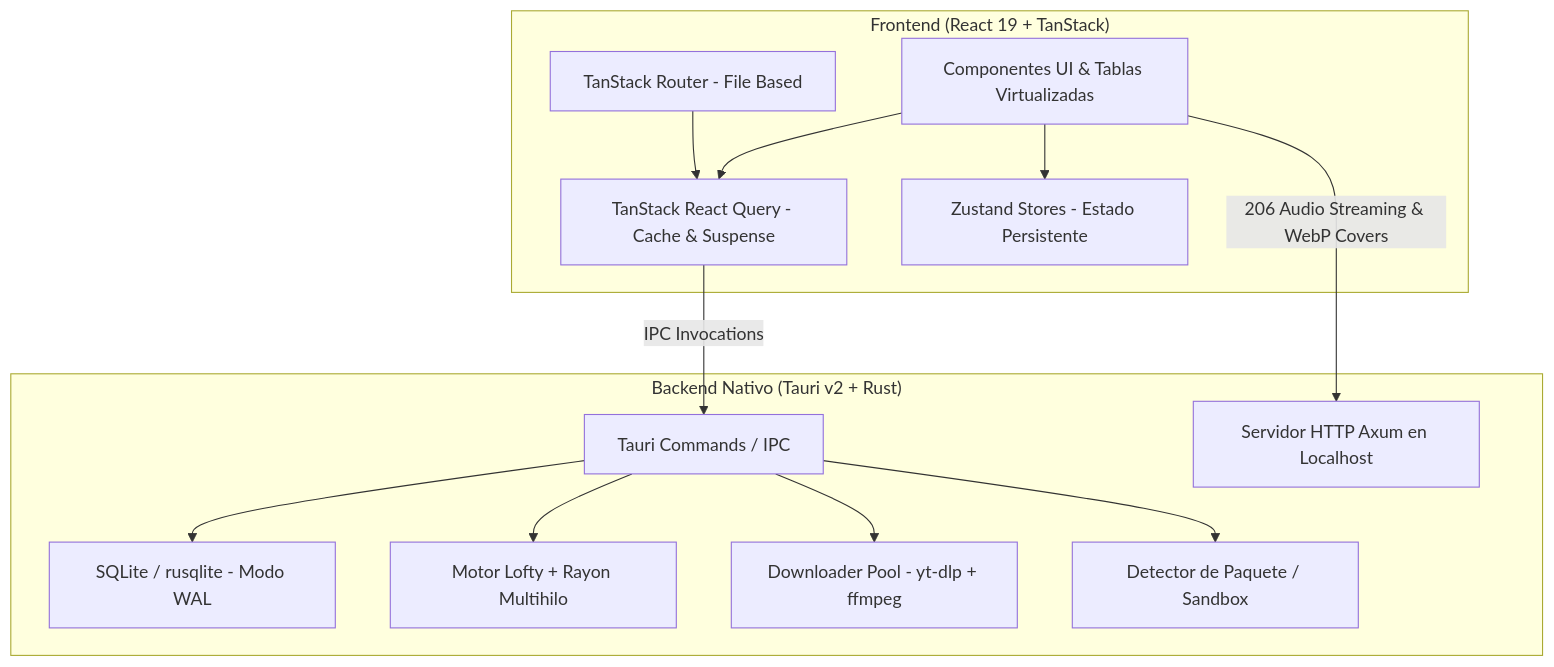
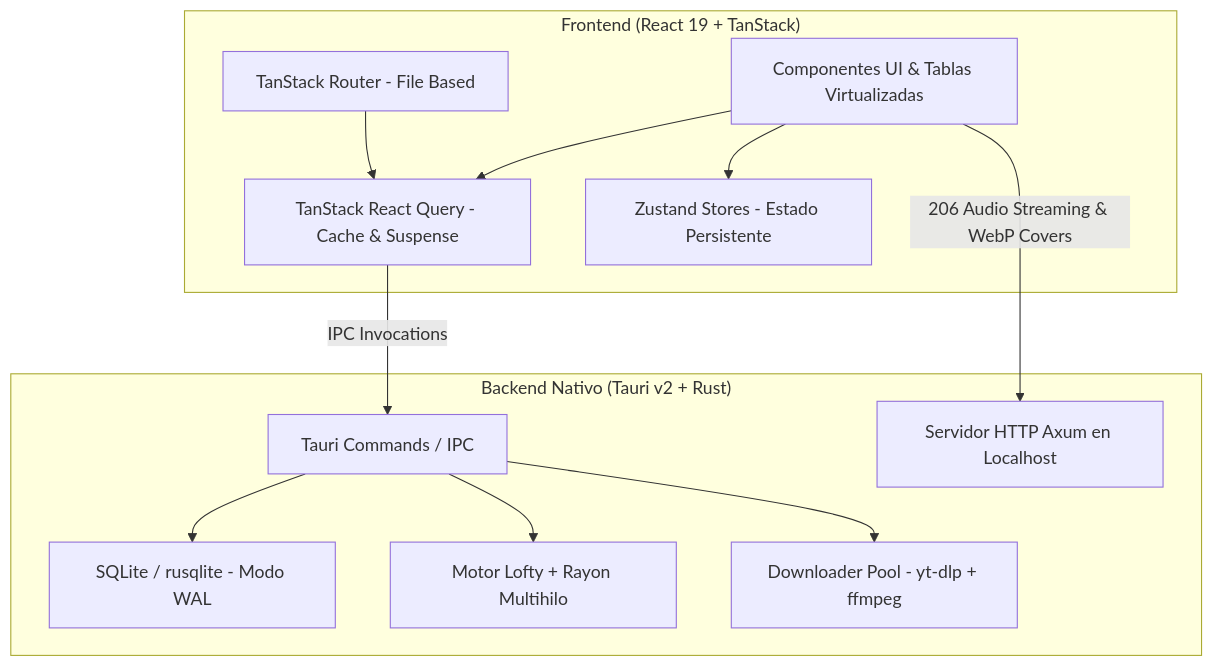
Before and after one commit to miguedev1047/ongaku: the diagram in docs/es/rendimiento.md, drawn with Mermaid. The commit also changed other lines of this file and 21 other files, not shown here.

````diff
--- a/docs/es/rendimiento.md
+++ b/docs/es/rendimiento.md
@@ -11,28 +11,26 @@
 ```mermaid
 graph TD
     subgraph Frontend ["Frontend (React 19 + TanStack)"]
         UI[Componentes UI & Tablas Virtualizadas]
         TR[TanStack Router - File Based]
         TQ[TanStack React Query - Cache & Suspense]
         ZS[Zustand Stores - Estado Persistente]
     end
 
     subgraph Backend ["Backend Nativo (Tauri v2 + Rust)"]
         CMD[Tauri Commands / IPC]
         AXUM[Servidor HTTP Axum en Localhost]
         SQL[SQLite / rusqlite - Modo WAL]
         META[Motor Lofty + Rayon Multihilo]
         POOL[Downloader Pool - yt-dlp + ffmpeg]
-        PKG[Detector de Paquete / Sandbox]
     end
 
     UI --> TQ
     UI --> ZS
     TR --> TQ
     TQ -->|IPC Invocations| CMD
     UI -->|206 Audio Streaming & WebP Covers| AXUM
     CMD --> SQL
     CMD --> META
     CMD --> POOL
-    CMD --> PKG
 ```
````
